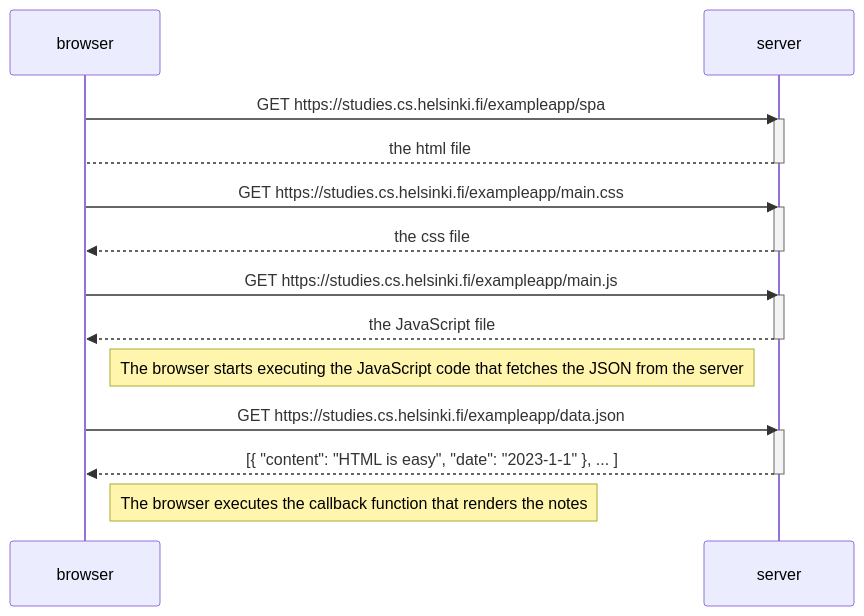
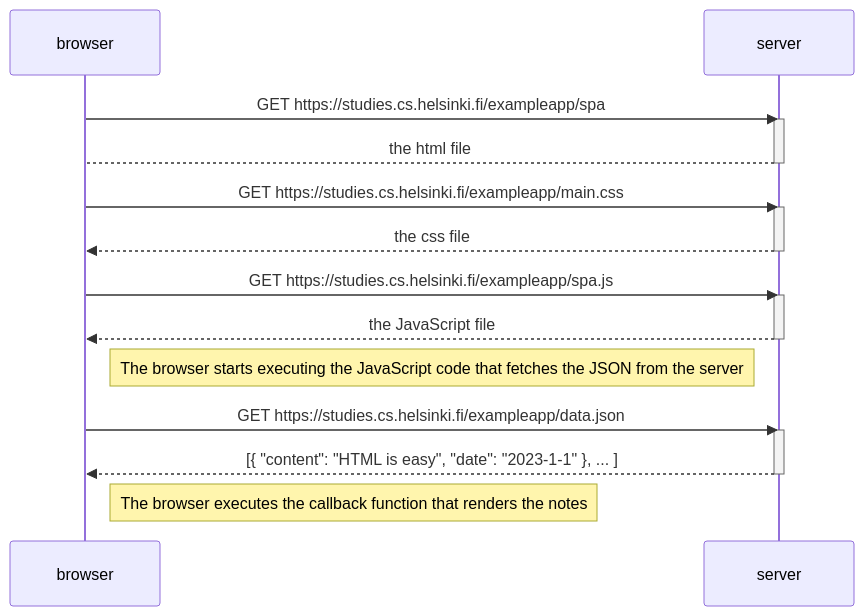
Before and after one commit to CustoPrz/FullStack-Ejercicio-0.4: the diagram in Ejercicio0/Ejercicio 0.5/README.md, drawn with Mermaid.

````diff
--- a/Ejercicio0/Ejercicio 0.5/README.md
+++ b/Ejercicio0/Ejercicio 0.5/README.md
@@ -1,30 +1,30 @@
 ```mermaid
 sequenceDiagram
     participant browser
     participant server
 
     browser->>server : GET https://studies.cs.helsinki.fi/exampleapp/spa
     activate server
     server-->browser : the html file
     deactivate server
 
     browser->>server: GET https://studies.cs.helsinki.fi/exampleapp/main.css
     activate server
     server-->>browser: the css file
     deactivate server
 
-    browser->>server: GET https://studies.cs.helsinki.fi/exampleapp/main.js
+    browser->>server: GET https://studies.cs.helsinki.fi/exampleapp/spa.js
     activate server
     server-->>browser: the JavaScript file
     deactivate server
 
     Note right of browser: The browser starts executing the JavaScript code that fetches the JSON from the server
 
     browser->>server: GET https://studies.cs.helsinki.fi/exampleapp/data.json
     activate server
     server-->>browser: [{ "content": "HTML is easy", "date": "2023-1-1" }, ... ]
     deactivate server
 
     Note right of browser: The browser executes the callback function that renders the notes
 
 ```
````
